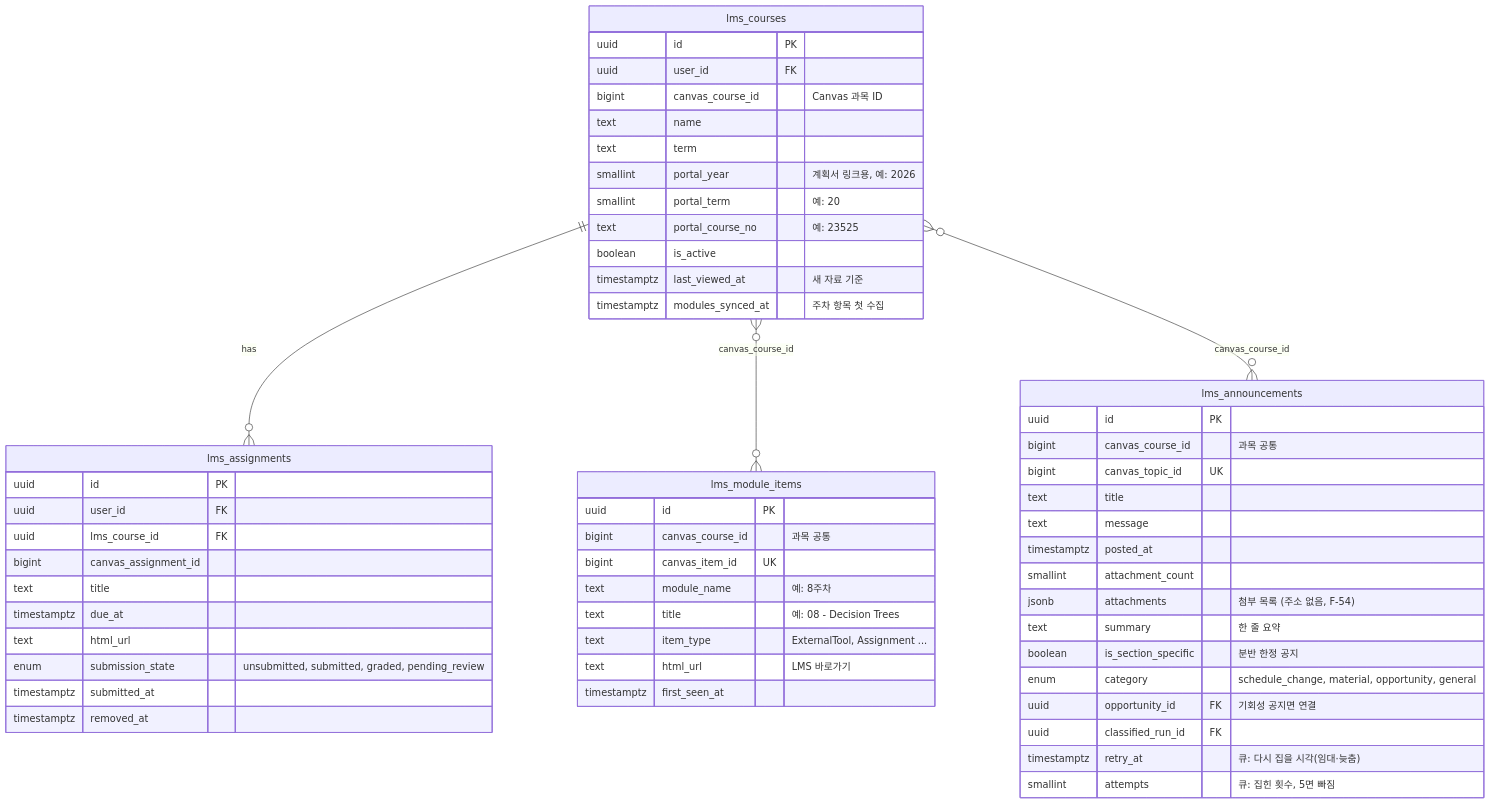
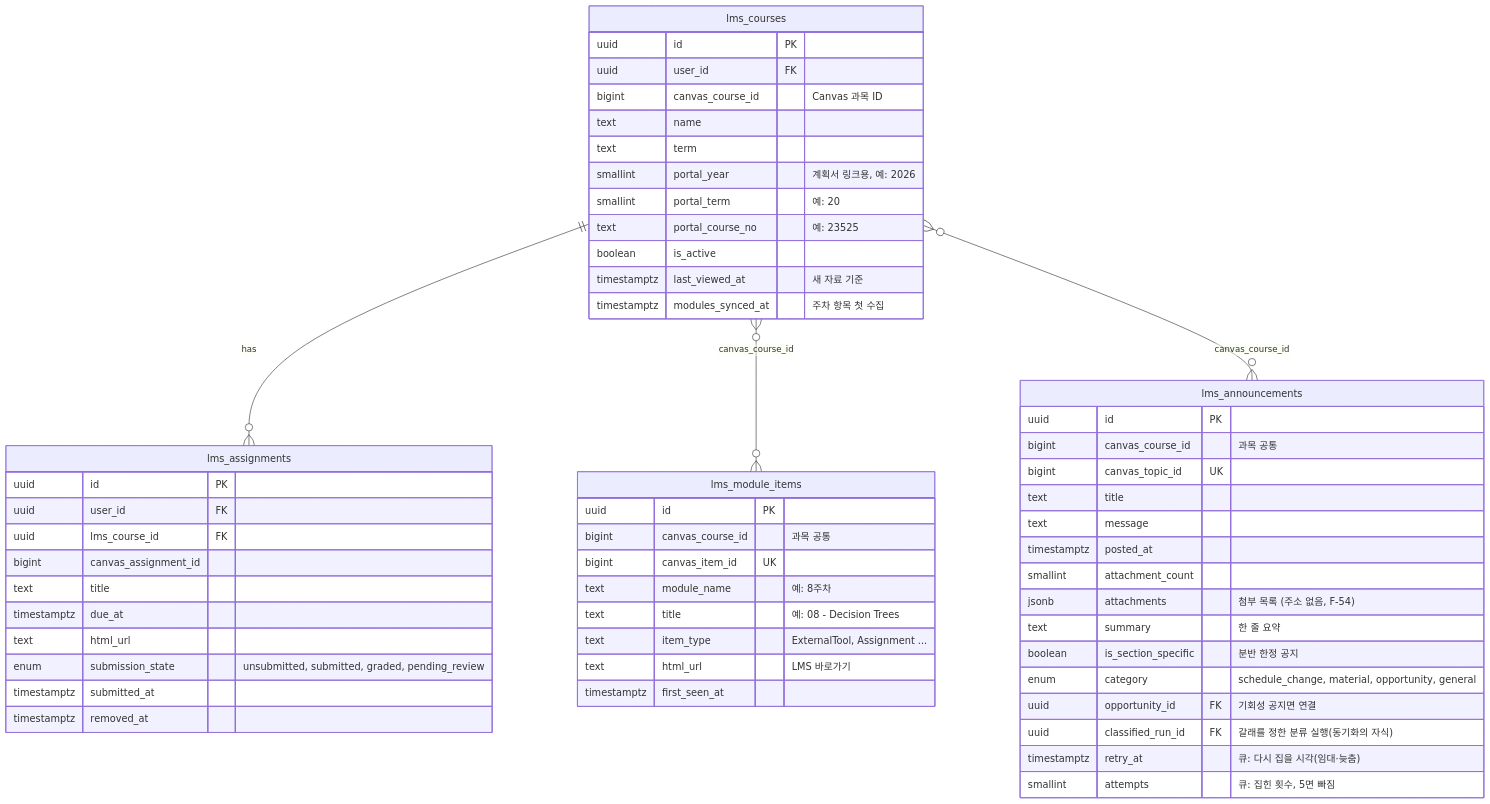
Before and after one commit to Happy623623/Unipivot: the third of 6 diagrams in docs/ERD_v0.9.md, drawn with Mermaid. The commit also changed other lines of this file and 31 other files, not shown here.

````diff
--- a/docs/ERD_v0.9.md
+++ b/docs/ERD_v0.9.md
@@ -214,58 +214,58 @@
 ```mermaid
 erDiagram
     lms_courses {
         uuid id PK
         uuid user_id FK
         bigint canvas_course_id "Canvas 과목 ID"
         text name
         text term
         smallint portal_year "계획서 링크용, 예: 2026"
         smallint portal_term "예: 20"
         text portal_course_no "예: 23525"
         boolean is_active
         timestamptz last_viewed_at "새 자료 기준"
         timestamptz modules_synced_at "주차 항목 첫 수집"
     }
     lms_assignments {
         uuid id PK
         uuid user_id FK
         uuid lms_course_id FK
         bigint canvas_assignment_id
         text title
         timestamptz due_at
         text html_url
         enum submission_state "unsubmitted, submitted, graded, pending_review"
         timestamptz submitted_at
         timestamptz removed_at
     }
     lms_module_items {
         uuid id PK
         bigint canvas_course_id "과목 공통"
         bigint canvas_item_id UK
         text module_name "예: 8주차"
         text title "예: 08 - Decision Trees"
         text item_type "ExternalTool, Assignment ..."
         text html_url "LMS 바로가기"
         timestamptz first_seen_at
     }
     lms_announcements {
         uuid id PK
         bigint canvas_course_id "과목 공통"
         bigint canvas_topic_id UK
         text title
         text message
         timestamptz posted_at
         smallint attachment_count
         jsonb attachments "첨부 목록 (주소 없음, F-54)"
         text summary "한 줄 요약"
         boolean is_section_specific "분반 한정 공지"
         enum category "schedule_change, material, opportunity, general"
         uuid opportunity_id FK "기회성 공지면 연결"
-        uuid classified_run_id FK
+        uuid classified_run_id FK "갈래를 정한 분류 실행(동기화의 자식)"
         timestamptz retry_at "큐: 다시 집을 시각(임대·늦춤)"
         smallint attempts "큐: 집힌 횟수, 5면 빠짐"
     }
     lms_courses ||--o{ lms_assignments : "has"
     lms_courses }o--o{ lms_module_items : "canvas_course_id"
     lms_courses }o--o{ lms_announcements : "canvas_course_id"
 ```
````
